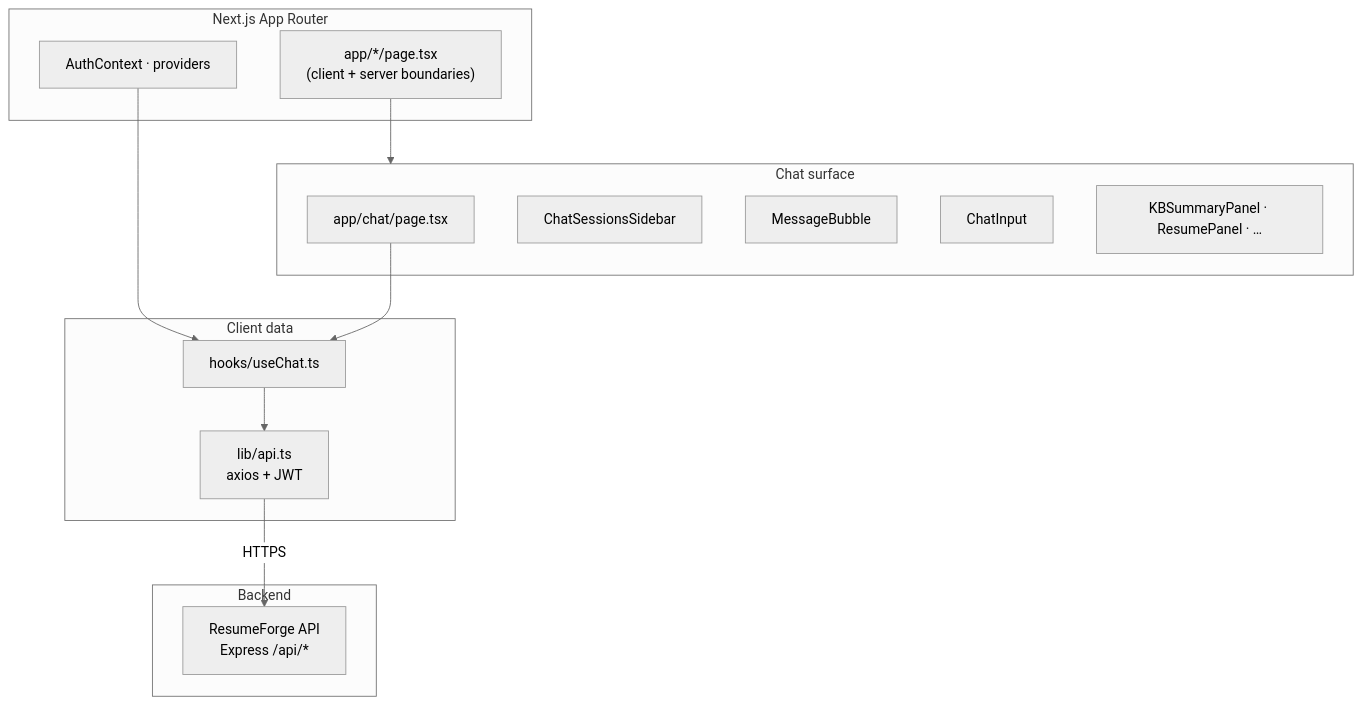
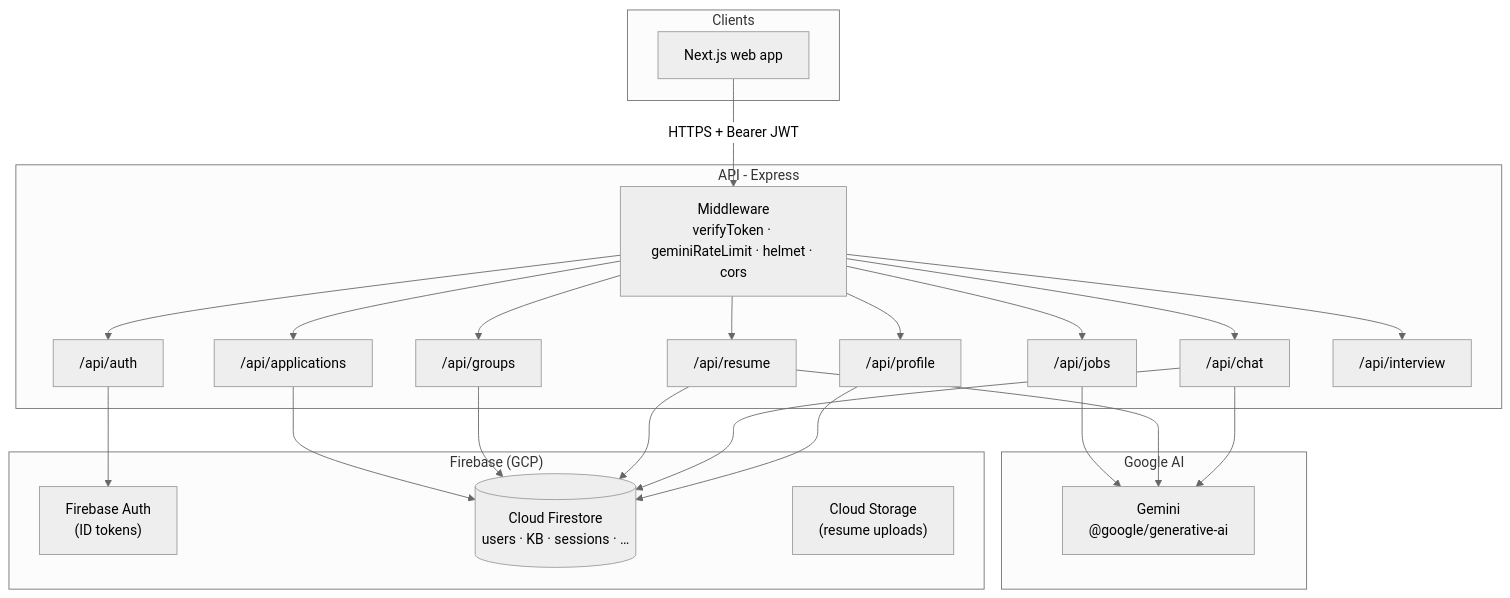
Before and after one commit to suryaraj05/resumeforge-backend: the first of 4 diagrams in README.md, drawn with Mermaid (neutral theme). The commit also changed other lines of this file, not shown here.

First line of the commit message:
Revise README for ResumeForge API updates

````diff
--- a/README.md
+++ b/README.md
@@ -62,30 +62,40 @@
 ```mermaid
 flowchart TB
-  subgraph app["Next.js App Router"]
-    PAGES["app/*/page.tsx\n(client + server boundaries)"]
-    CTX["AuthContext · providers"]
+  subgraph clients["Clients"]
+    WEB["Next.js web app"]
   end
 
-  subgraph chat_ui["Chat surface"]
-    PAGE["app/chat/page.tsx"]
-    SIDEBAR["ChatSessionsSidebar"]
-    BUBBLE["MessageBubble"]
-    INPUT["ChatInput"]
-    ACT["KBSummaryPanel · ResumePanel · …"]
+  subgraph api["API - Express"]
+    MW["Middleware\nverifyToken · geminiRateLimit · helmet · cors"]
+    R_AUTH["/api/auth"]
+    R_PROF["/api/profile"]
+    R_CHAT["/api/chat"]
+    R_RES["/api/resume"]
+    R_GRP["/api/groups"]
+    R_JOB["/api/jobs"]
+    R_APP["/api/applications"]
+    R_INT["/api/interview"]
   end
 
-  subgraph data["Client data"]
-    HOOK["hooks/useChat.ts"]
-    API["lib/api.ts\naxios + JWT"]
+  subgraph firebase["Firebase (GCP)"]
+    FAUTH["Firebase Auth\n(ID tokens)"]
+    FS[("Cloud Firestore\nusers · KB · sessions · …")]
+    FST["Cloud Storage\n(resume uploads)"]
   end
 
-  subgraph remote["Backend"]
-    BE["ResumeForge API\nExpress /api/*"]
+  subgraph ai["Google AI"]
+    GEM["Gemini\n@google/generative-ai"]
   end
 
-  PAGES --> chat_ui
-  CTX --> HOOK
-  PAGE --> HOOK
-  HOOK --> API
-  API -->|"HTTPS"| BE
+  WEB -->|"HTTPS + Bearer JWT"| MW
+  MW --> R_AUTH & R_PROF & R_CHAT & R_RES & R_GRP & R_JOB & R_APP & R_INT
+  R_AUTH --> FAUTH
+  R_PROF --> FS
+  R_CHAT --> FS
+  R_CHAT --> GEM
+  R_RES --> FS
+  R_RES --> GEM
+  R_GRP --> FS
+  R_JOB --> GEM
+  R_APP --> FS
 ```
````
